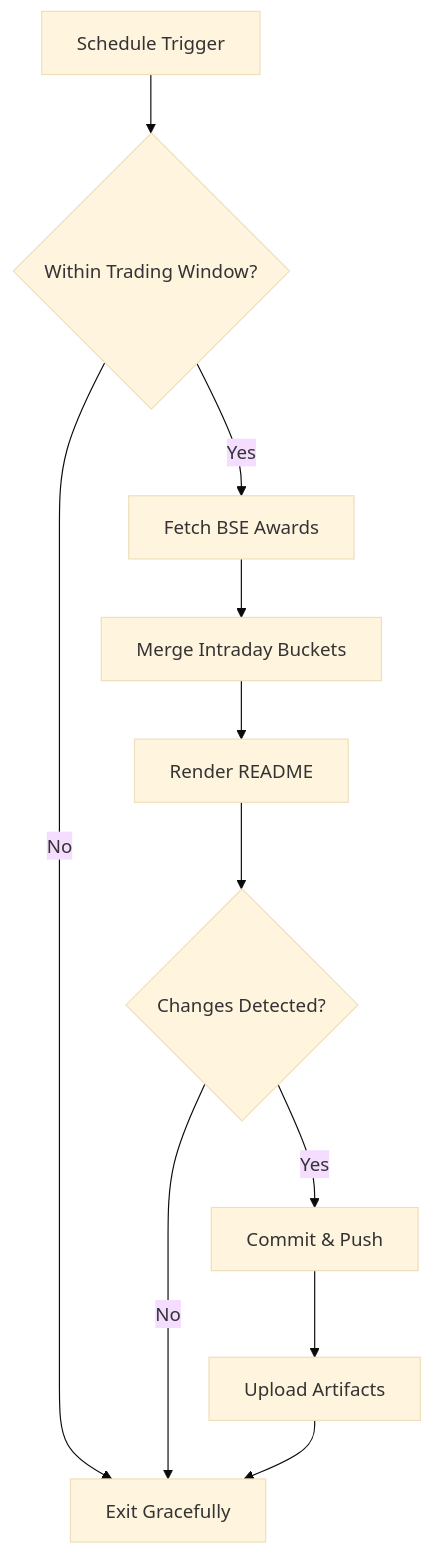
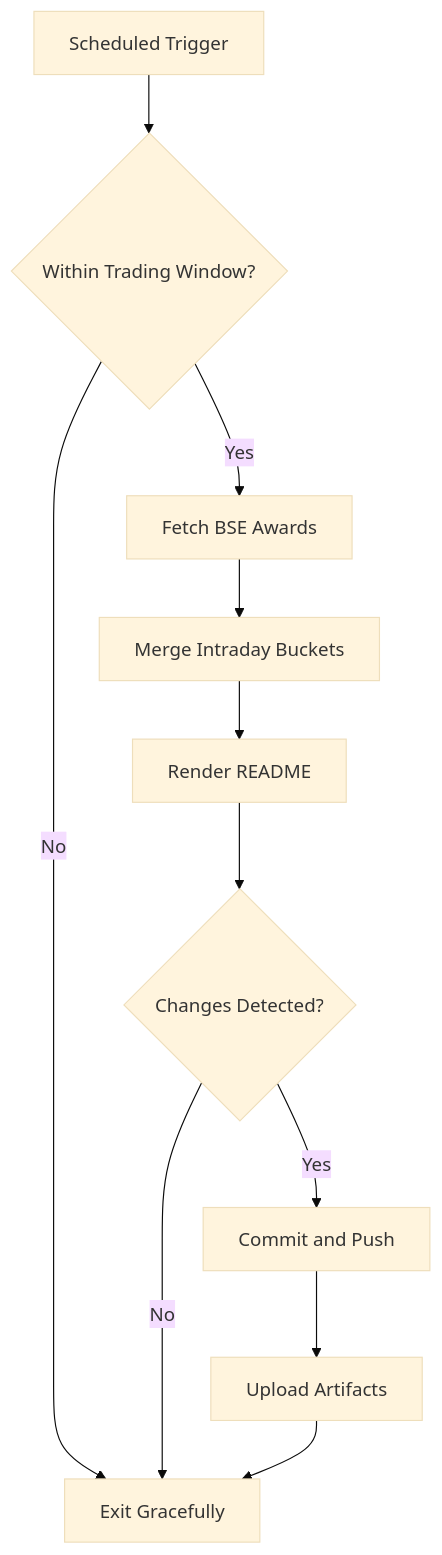
The diagram in README.md (dextel2/bombay-duck), drawn with Mermaid (base theme) before and after one commit. The commit also changed other lines of this file and 1 other file, not shown here.

Commit message:
chore: update BSE Award Watch schedule to run hourly and enhance README for clarity

````diff
--- a/README.md
+++ b/README.md
@@ -42,13 +42,13 @@
 ```mermaid
 flowchart TD
-  A[Schedule Trigger] --> B{Within Trading Window?}
+  A[Scheduled Trigger] --> B{Within Trading Window?}
   B -- No --> Z[Exit Gracefully]
   B -- Yes --> C[Fetch BSE Awards]
   C --> D[Merge Intraday Buckets]
   D --> E[Render README]
   E --> F{Changes Detected?}
   F -- No --> Z
-  F -- Yes --> G[Commit & Push]
+  F -- Yes --> G[Commit and Push]
   G --> H[Upload Artifacts]
   H --> Z
 ```
````
